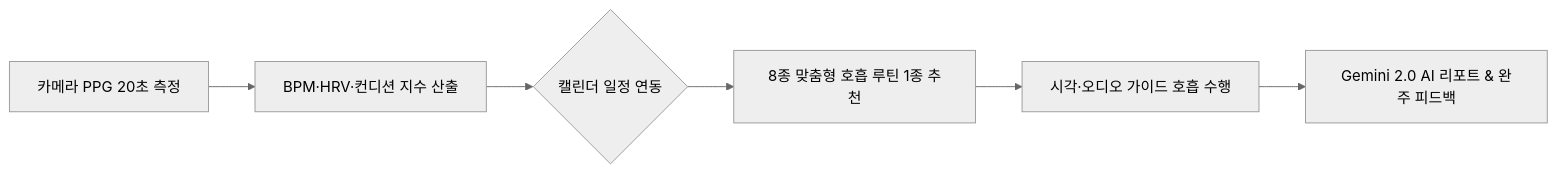
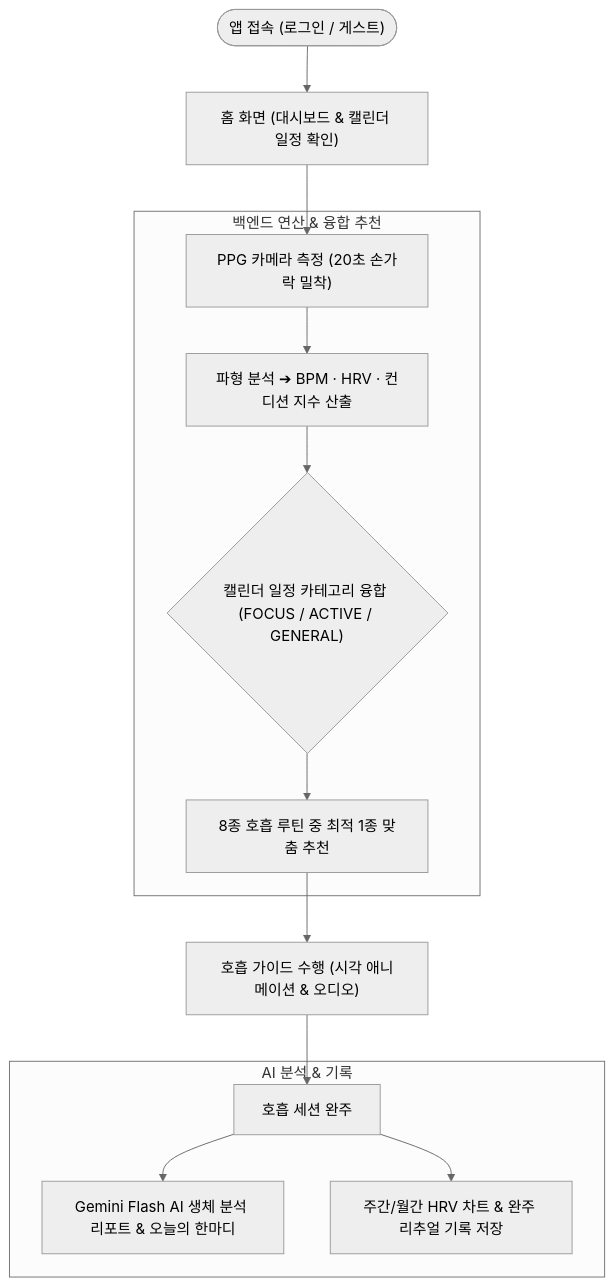
The second of 2 diagrams in README.md (yelimk/bpace), drawn with Mermaid (neutral theme) before and after one commit. The commit also changed other lines of this file, not shown here.

Commit message:
docs: simplify system architecture and detail user flow in README

````diff
--- a/README.md
+++ b/README.md
@@ -161,8 +142,19 @@
 ```mermaid
-flowchart LR
-    A["카메라 PPG 20초 측정"] --> B["BPM·HRV·컨디션 지수 산출"]
-    B --> C{"캘린더 일정 연동"}
-    C --> D["8종 맞춤형 호흡 루틴 1종 추천"]
-    D --> E["시각·오디오 가이드 호흡 수행"]
-    E --> F["Gemini 2.0 AI 리포트 & 완주 피드백"]
+flowchart TD
+    Start(["앱 접속 (로그인 / 게스트)"]) --> Home["홈 화면 (대시보드 & 캘린더 일정 확인)"]
+    Home --> Measure["PPG 카메라 측정 (20초 손가락 밀착)"]
+    
+    subgraph Engine ["백엔드 연산 & 융합 추천"]
+        Measure --> Calc["파형 분석 ➔ BPM · HRV · 컨디션 지수 산출"]
+        Calc --> Matrix{"캘린더 일정 카테고리 융합 (FOCUS / ACTIVE / GENERAL)"}
+        Matrix --> Rec["8종 호흡 루틴 중 최적 1종 맞춤 추천"]
+    end
+    
+    Rec --> Guide["호흡 가이드 수행 (시각 애니메이션 & 오디오)"]
+    Guide --> Complete["호흡 세션 완주"]
+    
+    subgraph Feedback ["AI 분석 & 기록"]
+        Complete --> AIReport["Gemini Flash AI 생체 분석 리포트 & 오늘의 한마디"]
+        Complete --> SaveLog["주간/월간 HRV 차트 & 완주 리추얼 기록 저장"]
+    end
 ```
````
